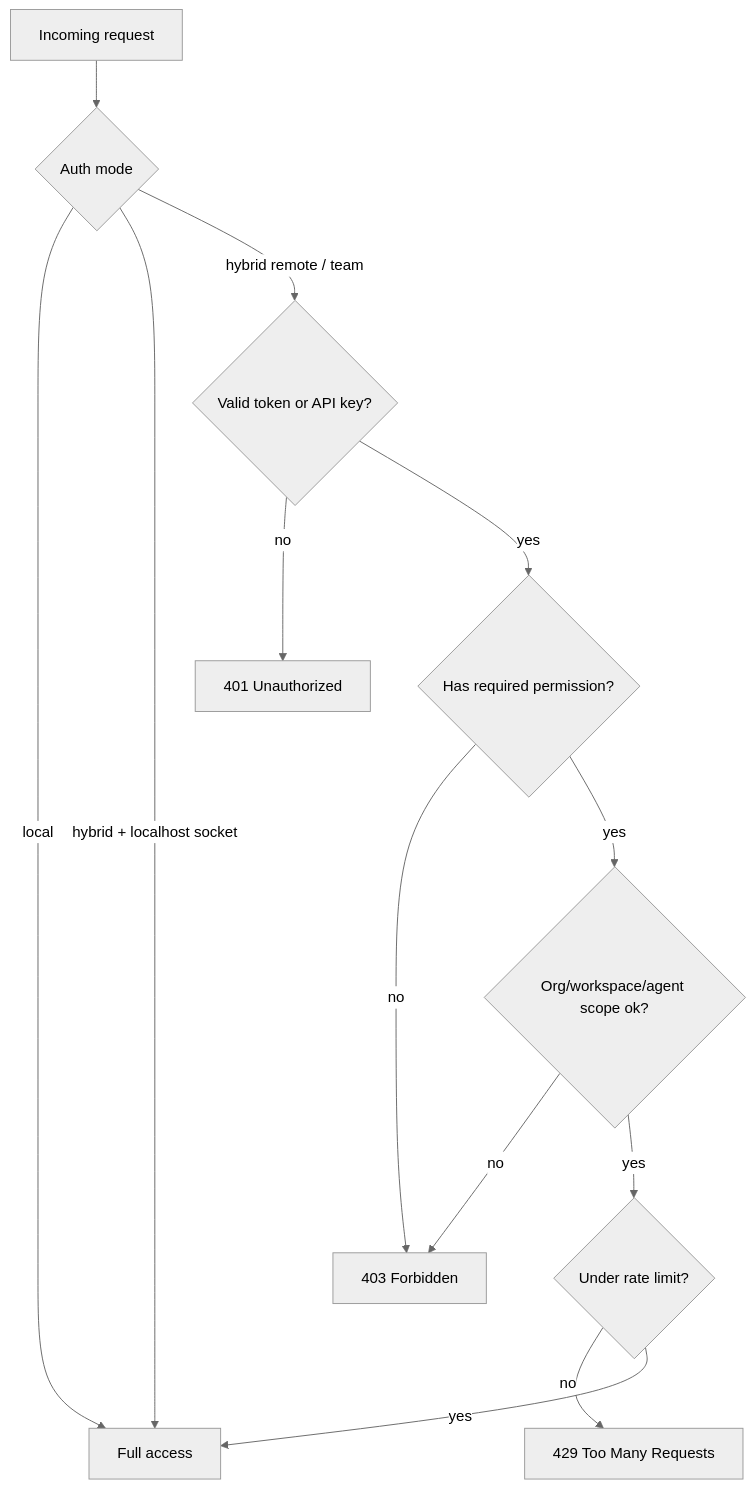
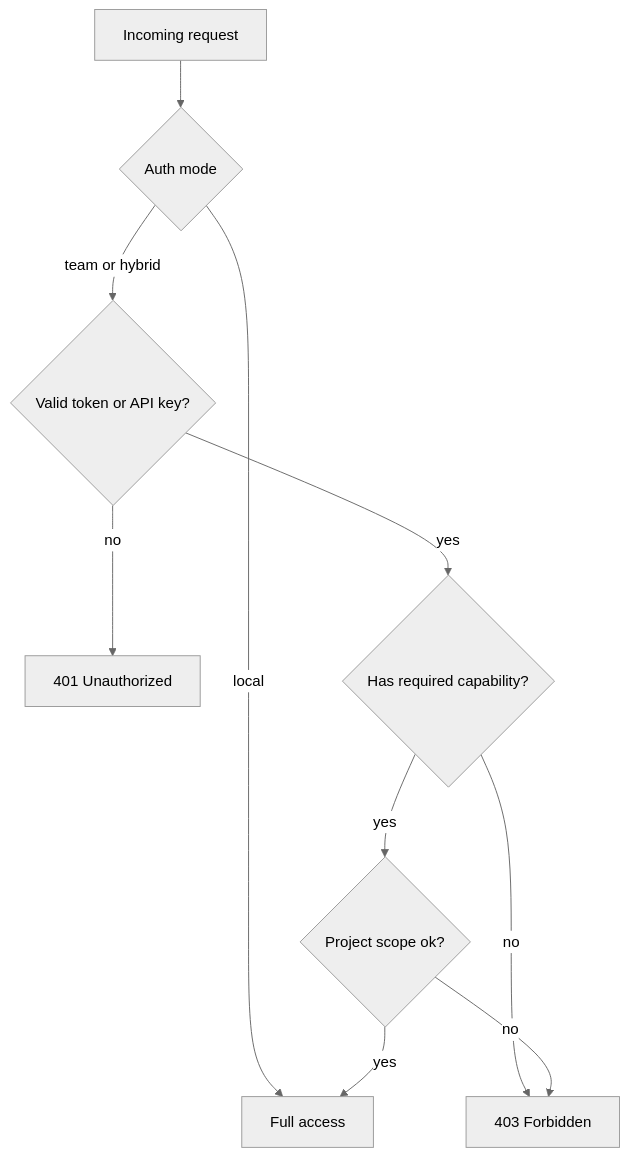
Before and after one commit to legioncodeinc/honeycomb: the second of 2 diagrams in library/knowledge/private/auth/auth-architecture.md, drawn with Mermaid (neutral theme). The commit also changed other lines of this file and 279 other files, not shown here.

````diff
--- a/library/knowledge/private/auth/auth-architecture.md
+++ b/library/knowledge/private/auth/auth-architecture.md
@@ -88,15 +92,12 @@
 ```mermaid
 flowchart TD
     req["Incoming request"] --> mode{"Auth mode"}
     mode -->|local| allow["Full access"]
-    mode -->|hybrid + localhost socket| allow
-    mode -->|hybrid remote / team| cred{"Valid token or API key?"}
+    mode -->|team or hybrid| cred{"Valid token or API key?"}
     cred -->|no| u401["401 Unauthorized"]
-    cred -->|yes| perm{"Has required permission?"}
+    cred -->|yes| perm{"Has required capability?"}
     perm -->|no| f403["403 Forbidden"]
-    perm -->|yes| scopechk{"Org/workspace/agent scope ok?"}
+    perm -->|yes| scopechk{"Project scope ok?"}
     scopechk -->|no| f403
-    scopechk -->|yes| rate{"Under rate limit?"}
-    rate -->|no| r429["429 Too Many Requests"]
-    rate -->|yes| allow
+    scopechk -->|yes| allow
 ```
````
